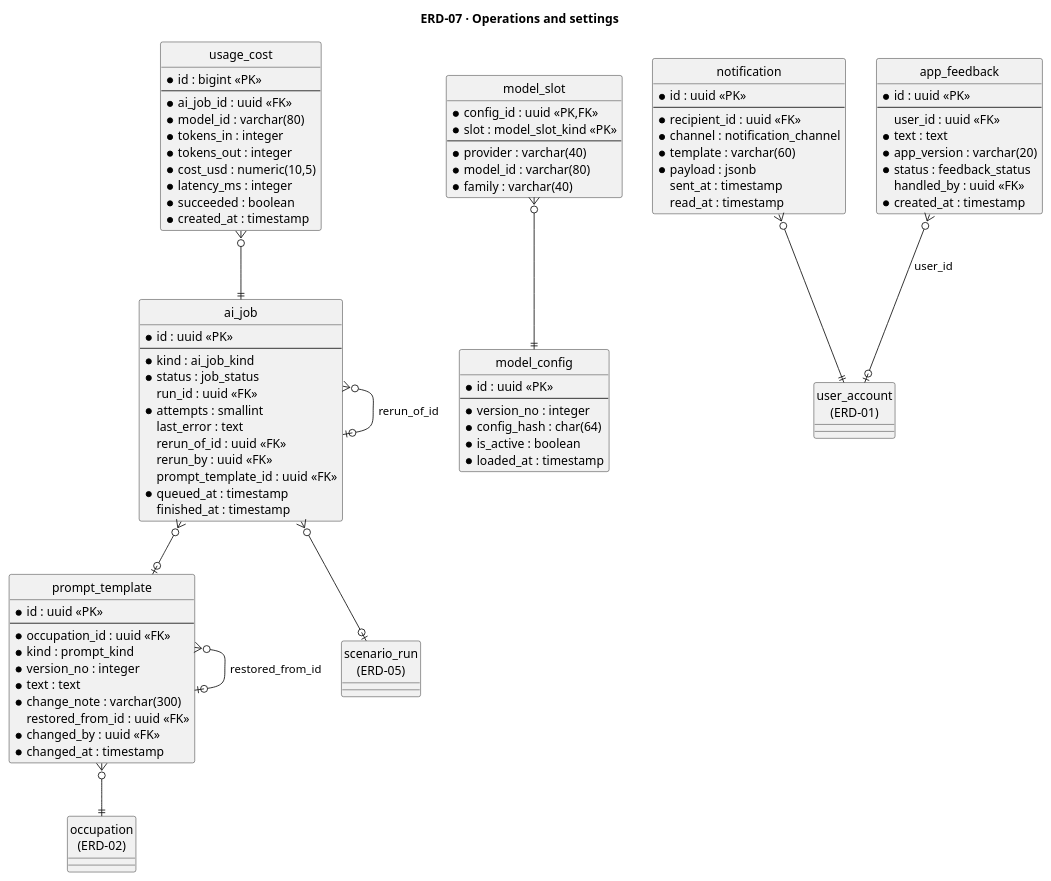
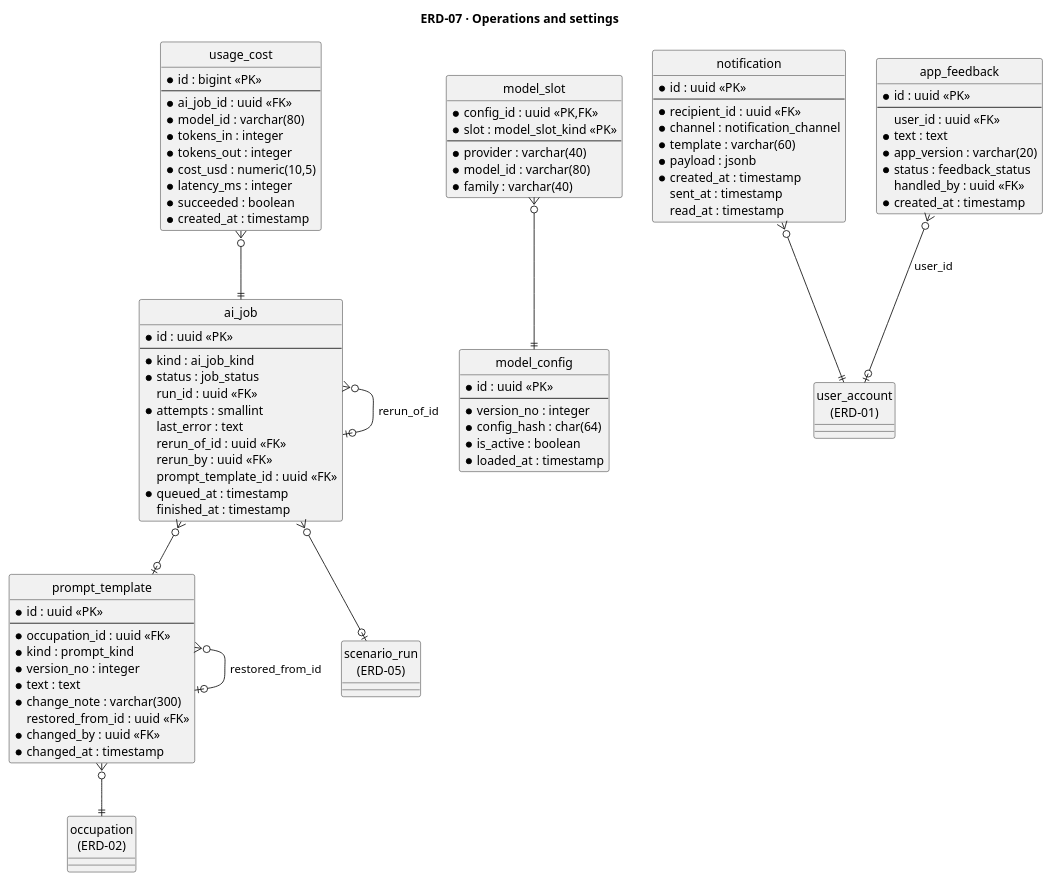
The diagram in reports/master/plantuml/erd/ERD-07_OperationsAndSettings.puml (The-Golden-Trio/Capstone-Project), drawn with PlantUML before and after one commit. The commit also changed 4 other files, not shown here.

First line of the commit message:
docs(report): thêm hợp đồng API openapi.yaml và cập nhật ERD theo thang điểm 0/1/2

```diff
--- a/reports/master/plantuml/erd/ERD-07_OperationsAndSettings.puml
+++ b/reports/master/plantuml/erd/ERD-07_OperationsAndSettings.puml
@@ -1,99 +1,100 @@
 @startuml ERD-07_OperationsAndSettings
 title ERD-07 · Operations and settings
 hide circle
 
 entity "prompt_template" as prompt_template {
   * id : uuid <<PK>>
   --
   * occupation_id : uuid <<FK>>
   * kind : prompt_kind
   * version_no : integer
   * text : text
   * change_note : varchar(300)
     restored_from_id : uuid <<FK>>
   * changed_by : uuid <<FK>>
   * changed_at : timestamp
 }
 
 entity "model_config" as model_config {
   * id : uuid <<PK>>
   --
   * version_no : integer
   * config_hash : char(64)
   * is_active : boolean
   * loaded_at : timestamp
 }
 
 entity "model_slot" as model_slot {
   * config_id : uuid <<PK,FK>>
   * slot : model_slot_kind <<PK>>
   --
   * provider : varchar(40)
   * model_id : varchar(80)
   * family : varchar(40)
 }
 
 entity "ai_job" as ai_job {
   * id : uuid <<PK>>
   --
   * kind : ai_job_kind
   * status : job_status
     run_id : uuid <<FK>>
   * attempts : smallint
     last_error : text
     rerun_of_id : uuid <<FK>>
     rerun_by : uuid <<FK>>
     prompt_template_id : uuid <<FK>>
   * queued_at : timestamp
     finished_at : timestamp
 }
 
 entity "usage_cost" as usage_cost {
   * id : bigint <<PK>>
   --
   * ai_job_id : uuid <<FK>>
   * model_id : varchar(80)
   * tokens_in : integer
   * tokens_out : integer
   * cost_usd : numeric(10,5)
   * latency_ms : integer
   * succeeded : boolean
   * created_at : timestamp
 }
 
 entity "notification" as notification {
   * id : uuid <<PK>>
   --
   * recipient_id : uuid <<FK>>
   * channel : notification_channel
   * template : varchar(60)
   * payload : jsonb
+  * created_at : timestamp
     sent_at : timestamp
     read_at : timestamp
 }
 
 entity "app_feedback" as app_feedback {
   * id : uuid <<PK>>
   --
     user_id : uuid <<FK>>
   * text : text
   * app_version : varchar(20)
   * status : feedback_status
     handled_by : uuid <<FK>>
   * created_at : timestamp
 }
 
 entity "occupation\n(ERD-02)" as occupation
 entity "scenario_run\n(ERD-05)" as scenario_run
 entity "user_account\n(ERD-01)" as user_account
 
 prompt_template }o--|| occupation
 prompt_template }o--o| prompt_template : restored_from_id
 model_slot }o--|| model_config
 ai_job }o--o| scenario_run
 ai_job }o--o| ai_job : rerun_of_id
 ai_job }o--o| prompt_template
 usage_cost }o--|| ai_job
 notification }o--|| user_account
 app_feedback }o--o| user_account : user_id
 @enduml
```
